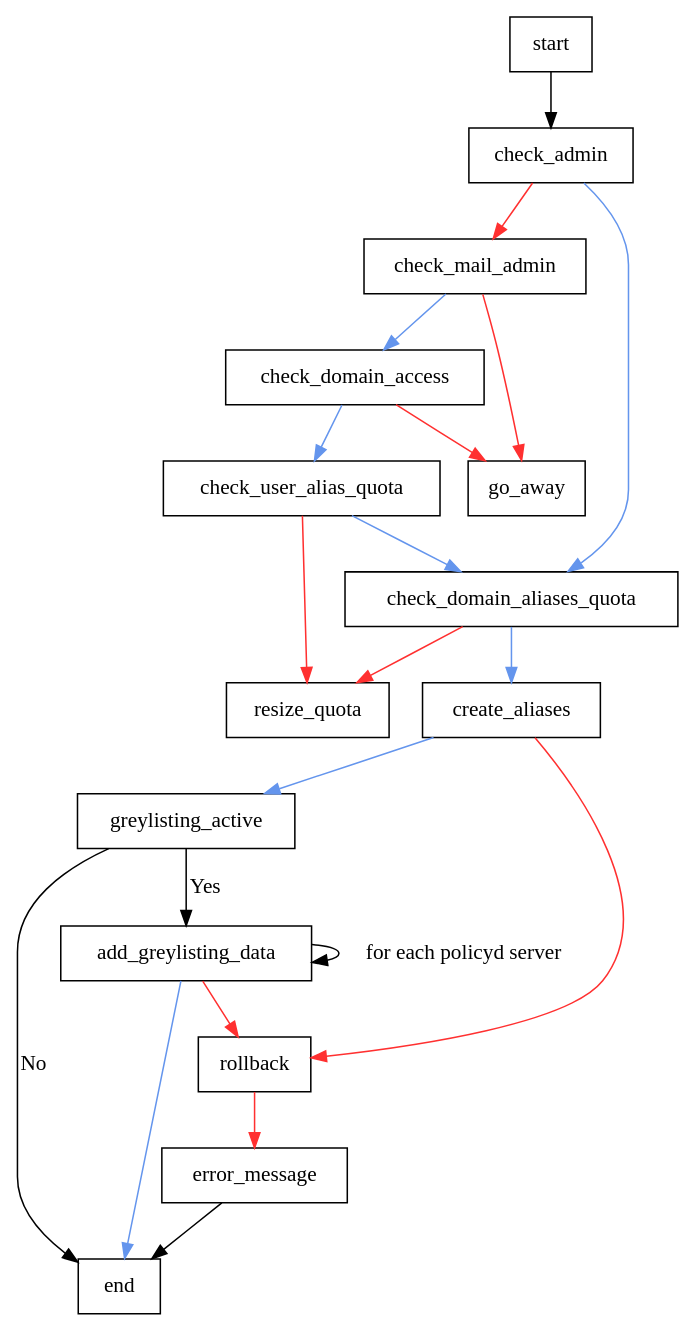
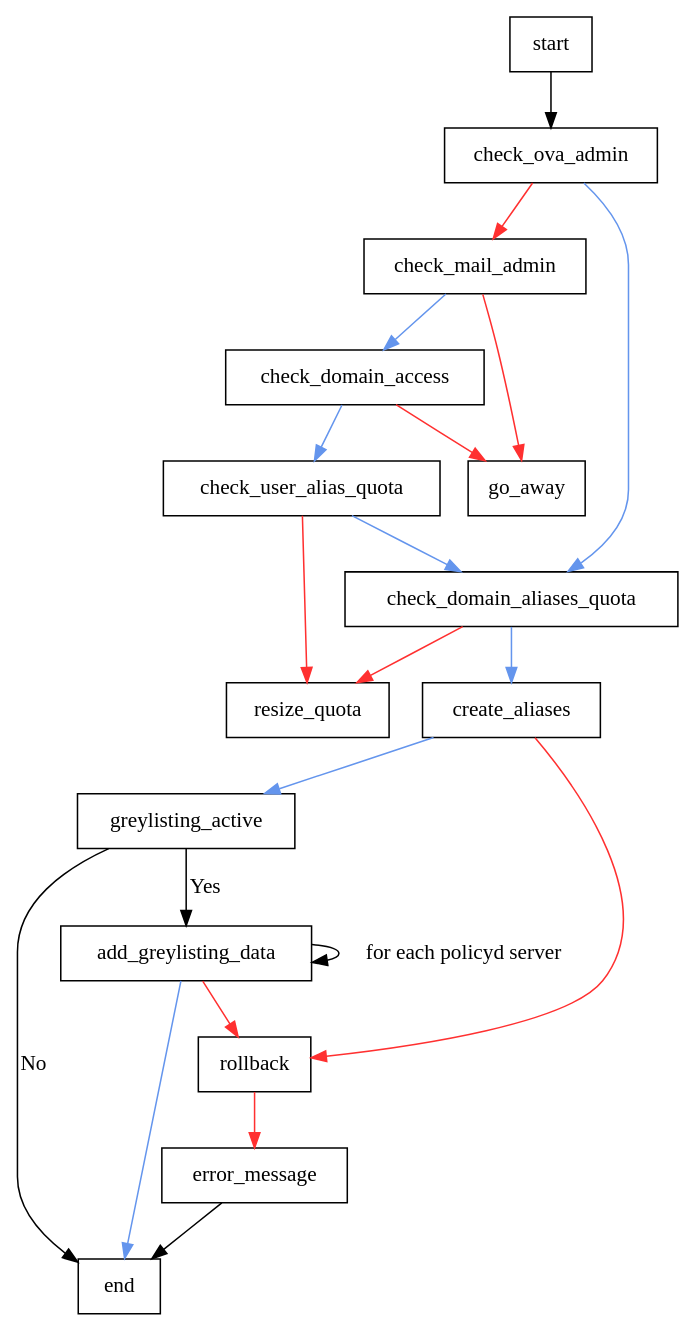
The diagram in admin/trunk/process/create_aliases.dot (xbeaudouin/openvisp), drawn with Graphviz before and after one commit.

Commit message:
Change check_admin to check_ova_admin

```diff
--- a/admin/trunk/process/create_aliases.dot
+++ b/admin/trunk/process/create_aliases.dot
@@ -1,29 +1,29 @@
 digraph create_aliases {
 	rankdir=TB;
 	size="auto"
 //	node [shape = doublecircle]; LR_0 LR_3 LR_4 LR_8;
 // color scheme : http://www.graphviz.org/doc/info/colors.html
 
 	node [shape = rect];
-	start -> check_admin;
-	check_admin -> check_mail_admin [ color="firebrick1" ];
-	check_admin -> check_domain_aliases_quota [ color="cornflowerblue" ];
+	start -> check_ova_admin;
+	check_ova_admin -> check_mail_admin [ color="firebrick1" ];
+	check_ova_admin -> check_domain_aliases_quota [ color="cornflowerblue" ];
 	check_mail_admin -> go_away [ color="firebrick1" ];
 	check_mail_admin -> check_domain_access [ color="cornflowerblue"];
 	check_domain_access -> go_away [ color="firebrick1"];
 	check_domain_access -> check_user_alias_quota [ color="cornflowerblue"];
 	check_user_alias_quota -> resize_quota [ color="firebrick1" ];	
 	check_user_alias_quota -> check_domain_aliases_quota [ color="cornflowerblue"];
 	check_domain_aliases_quota -> resize_quota [ color="firebrick1"];
 	check_domain_aliases_quota -> create_aliases [ color="cornflowerblue"];
 	create_aliases -> greylisting_active [ color="cornflowerblue" ];
 	greylisting_active -> add_greylisting_data [ label="Yes" ];
 	add_greylisting_data -> add_greylisting_data [label="for each policyd server"]
 	add_greylisting_data -> end [ color="cornflowerblue" ];
 	add_greylisting_data -> rollback [color="firebrick1"];
 	greylisting_active -> end [ label="No"];
 	create_aliases -> rollback [ color="firebrick1" ];
 	rollback -> error_message [ color="firebrick1"];
 	error_message -> end;
 
 }
```
